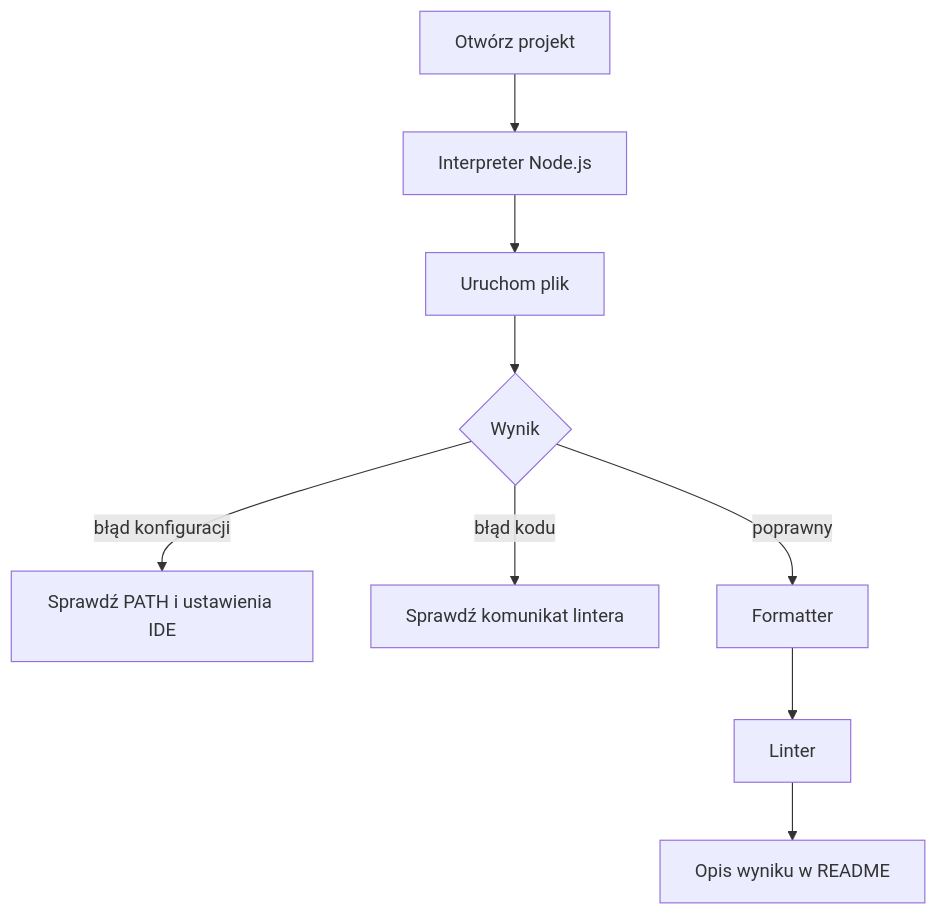
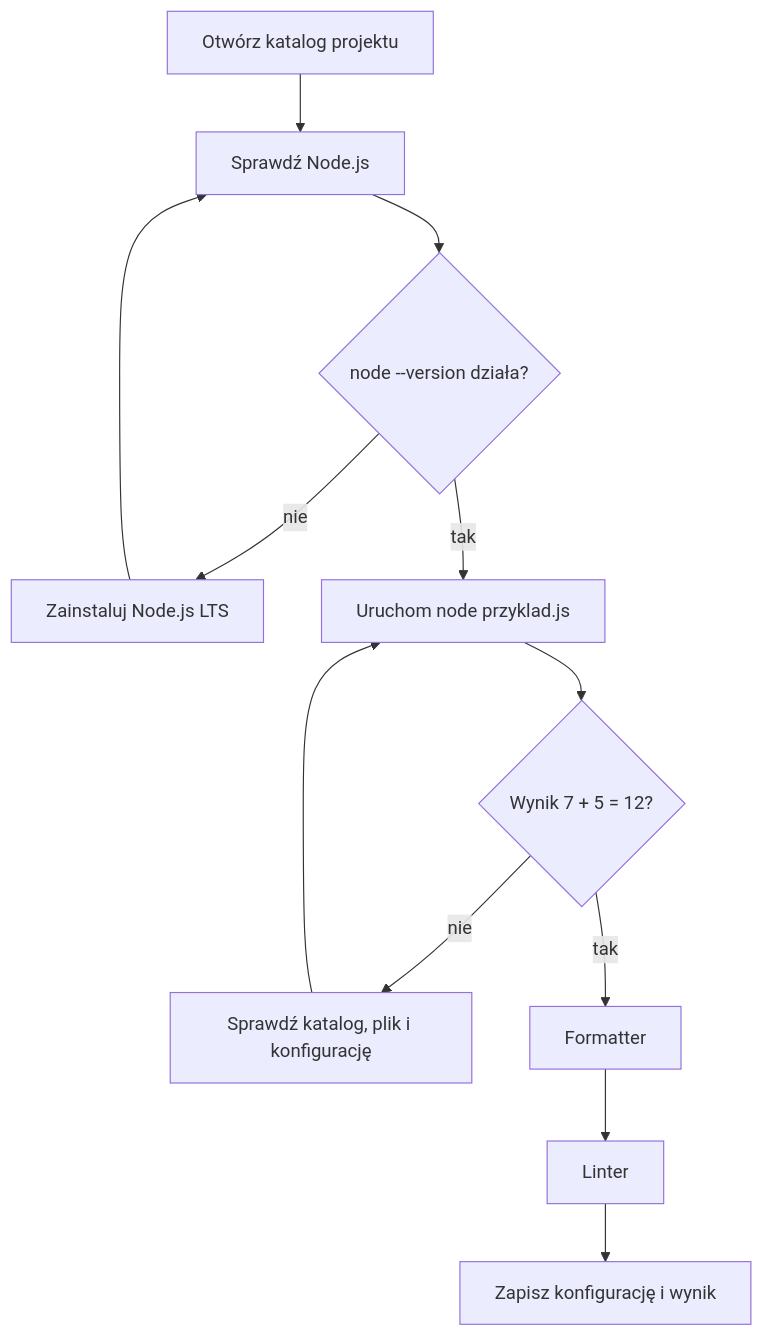
The diagram in src/01-organizacja/03-ide-i-konfiguracja/diagramy/uruchomienie-ide.mmd (tborzyszkowski/warsztat-programisty-pjatk), drawn with Mermaid before and after one commit. The commit also changed 1 other file, not shown here.

Commit message:
Update README and flowchart to enhance clarity on IDE usage and setup steps

```diff
--- a/src/01-organizacja/03-ide-i-konfiguracja/diagramy/uruchomienie-ide.mmd
+++ b/src/01-organizacja/03-ide-i-konfiguracja/diagramy/uruchomienie-ide.mmd
@@ -1,9 +1,12 @@
 flowchart TD
-    A[Otwórz projekt] --> B[Interpreter Node.js]
-    B --> C[Uruchom plik]
-    C --> D{Wynik}
-    D -- błąd konfiguracji --> E[Sprawdź PATH i ustawienia IDE]
-    D -- błąd kodu --> F[Sprawdź komunikat lintera]
-    D -- poprawny --> G[Formatter]
-    G --> H[Linter]
-    H --> I[Opis wyniku w README]
+    A[Otwórz katalog projektu] --> B[Sprawdź Node.js]
+    B --> C{node --version działa?}
+    C -- nie --> D[Zainstaluj Node.js LTS]
+    D --> B
+    C -- tak --> E[Uruchom node przyklad.js]
+    E --> F{Wynik 7 + 5 = 12?}
+    F -- nie --> G[Sprawdź katalog, plik i konfigurację]
+    G --> E
+    F -- tak --> H[Formatter]
+    H --> I[Linter]
+    I --> J[Zapisz konfigurację i wynik]
```
